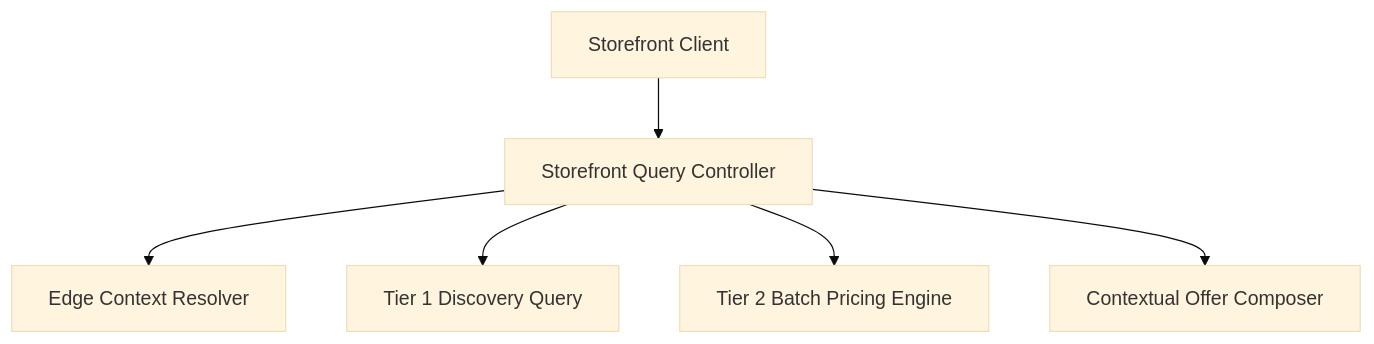
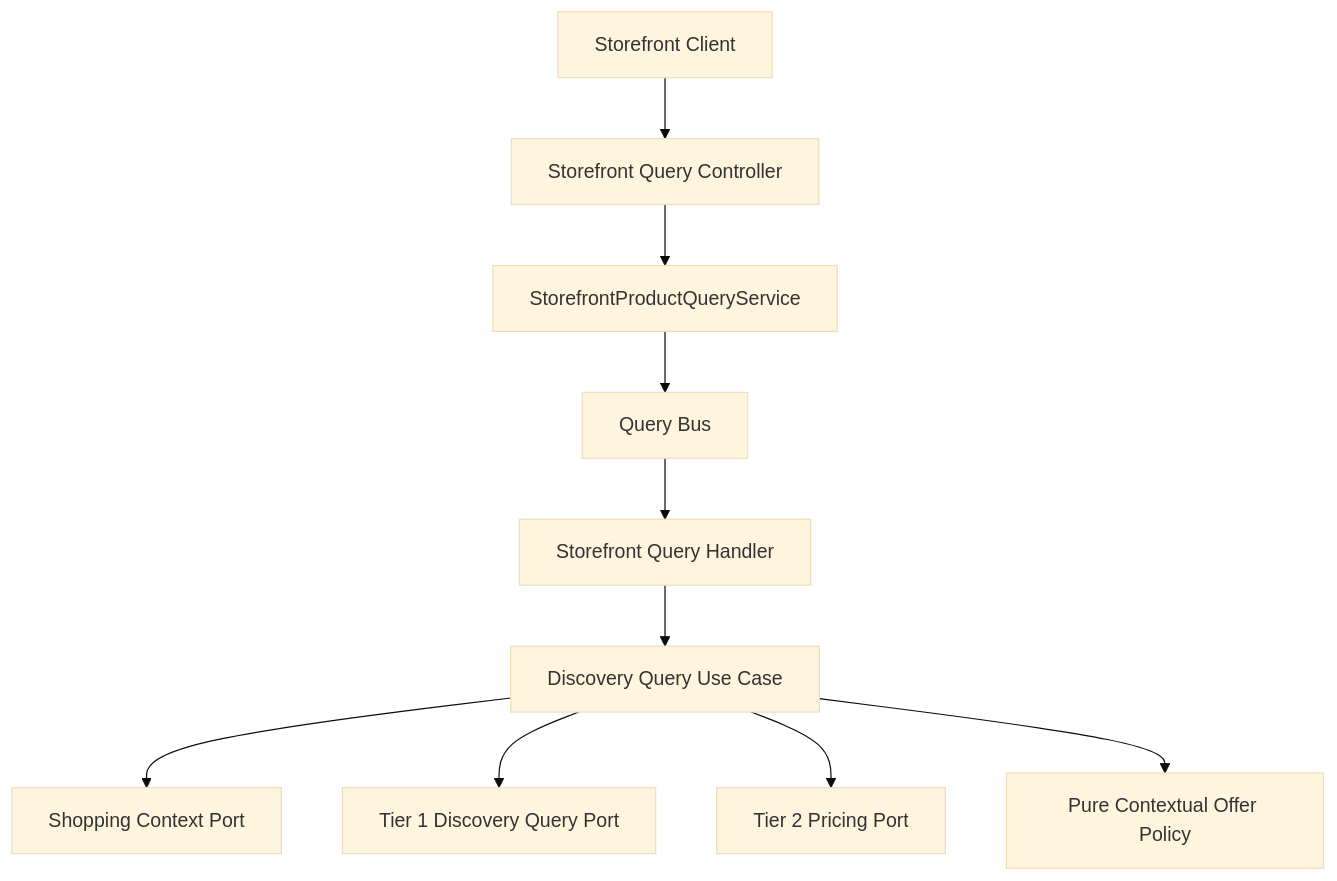
The third of 4 diagrams in docs/spec/system/storefront-contextual-cutover-tech-spec.md (khinemyaezin/grab), drawn with Mermaid (base theme) before and after one commit. The commit also changed other lines of this file and 33 other files, not shown here.

Commit message:
feat: refactor storefront query API to use ShoppingContext and support contextual offers

````diff
--- a/docs/spec/system/storefront-contextual-cutover-tech-spec.md
+++ b/docs/spec/system/storefront-contextual-cutover-tech-spec.md
@@ -81,8 +81,12 @@
 ```mermaid
 flowchart TD
     Client["Storefront Client"] --> Controller["Storefront Query Controller"]
-    Controller --> ContextResolver["Edge Context Resolver"]
-    Controller --> DiscoveryQuery["Tier 1 Discovery Query"]
-    Controller --> BatchPricing["Tier 2 Batch Pricing Engine"]
-    Controller --> Composer["Contextual Offer Composer"]
+    Controller --> QueryService["StorefrontProductQueryService"]
+    QueryService --> QueryBus["Query Bus"]
+    QueryBus --> Handler["Storefront Query Handler"]
+    Handler --> UseCase["Discovery Query Use Case"]
+    UseCase --> ContextResolver["Shopping Context Port"]
+    UseCase --> DiscoveryQuery["Tier 1 Discovery Query Port"]
+    UseCase --> BatchPricing["Tier 2 Pricing Port"]
+    UseCase --> Composer["Pure Contextual Offer Policy"]
 ```
````
